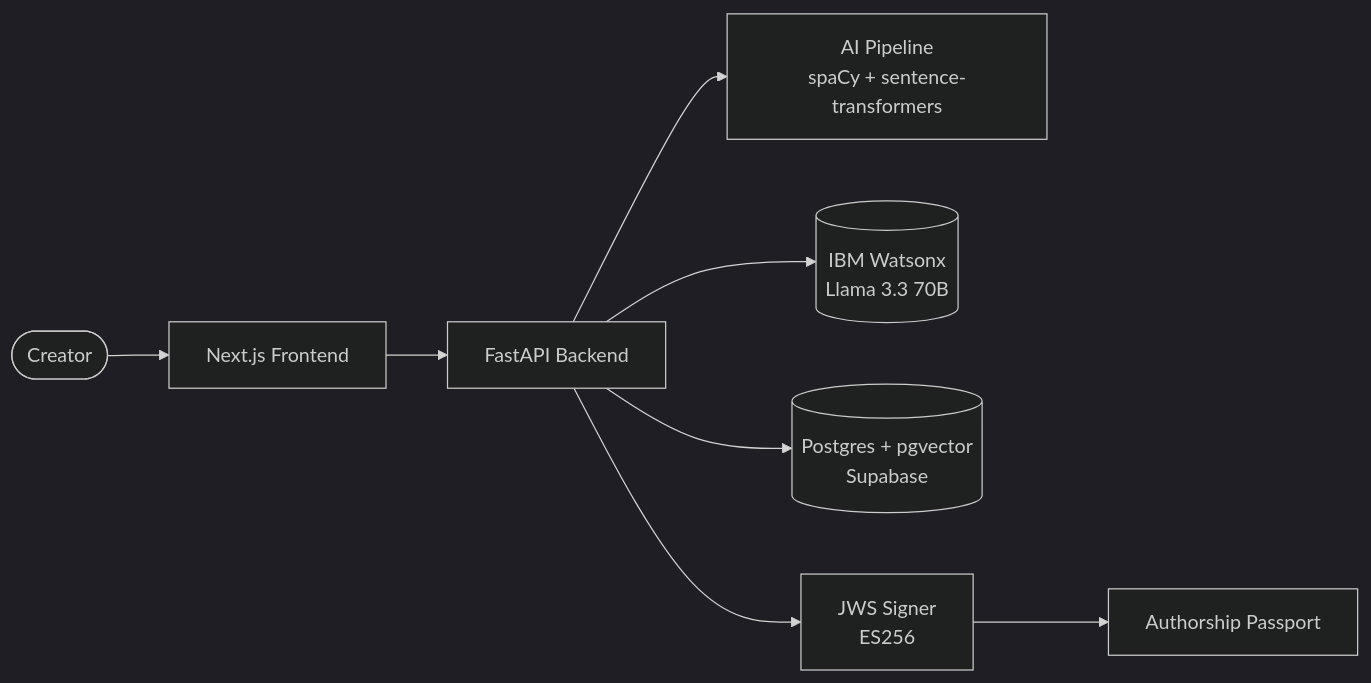
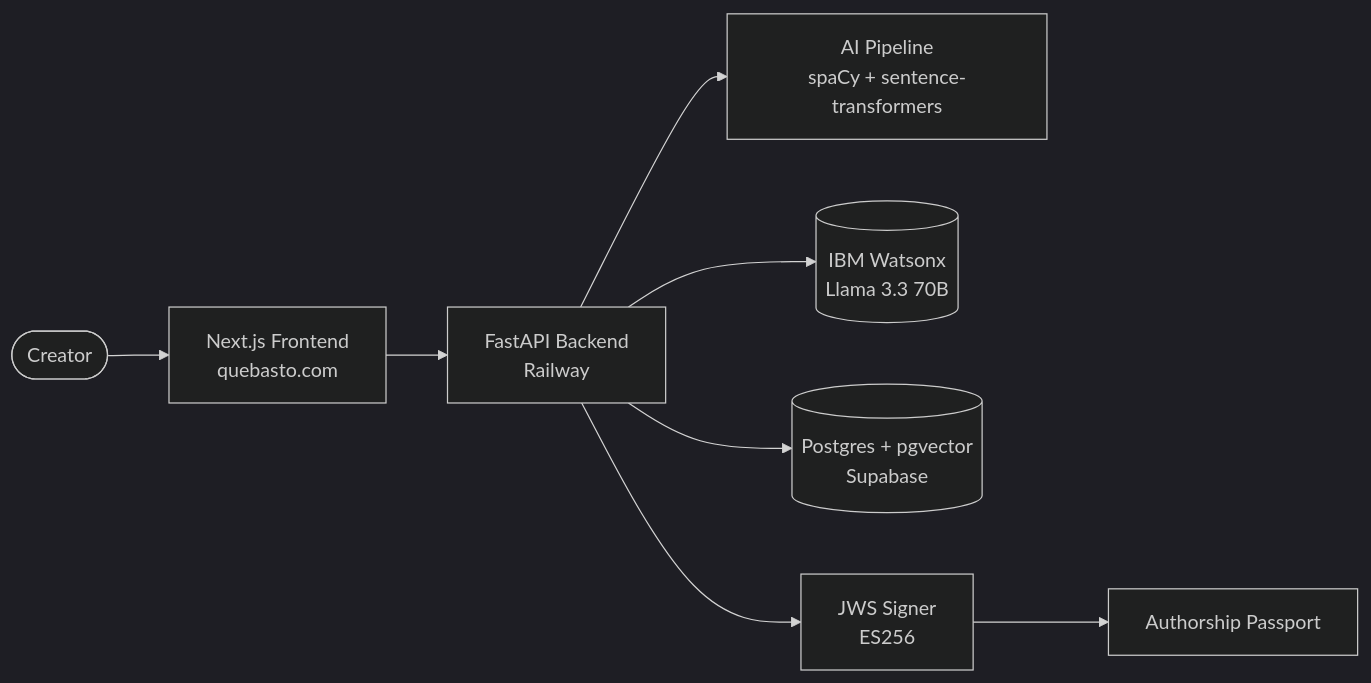
The diagram in README.md (sergi-torres/AuthorAI), drawn with Mermaid (dark theme) before and after one commit. The commit also changed other lines of this file and 1 other file, not shown here.

````diff
--- a/README.md
+++ b/README.md
@@ -66,10 +94,10 @@
 ```mermaid
 graph LR
-    User([Creator]) --> Web[Next.js Frontend]
-    Web --> API[FastAPI Backend]
+    User([Creator]) --> Web[Next.js Frontend<br/>quebasto.com]
+    Web --> API[FastAPI Backend<br/>Railway]
     API --> Pipeline[AI Pipeline<br/>spaCy + sentence-transformers]
     API --> Watsonx[(IBM Watsonx<br/>Llama 3.3 70B)]
     API --> DB[(Postgres + pgvector<br/>Supabase)]
     API --> Signer[JWS Signer<br/>ES256]
     Signer --> Passport[Authorship Passport]
 ```
````
